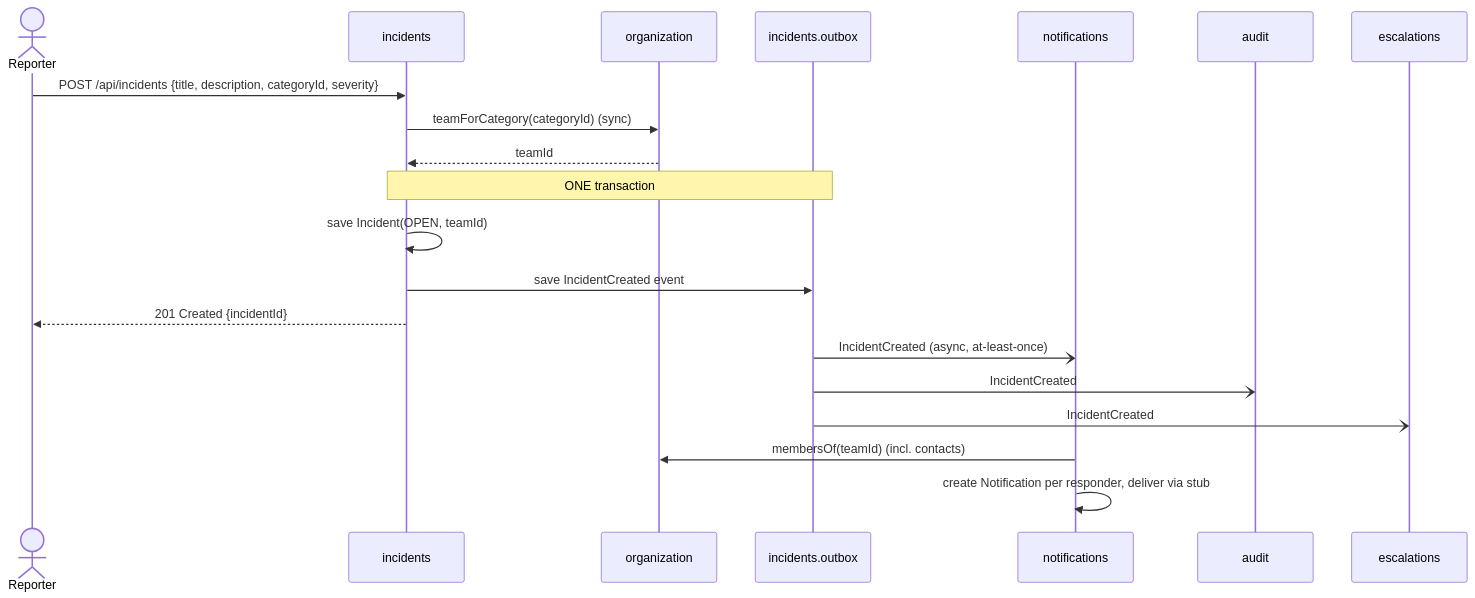
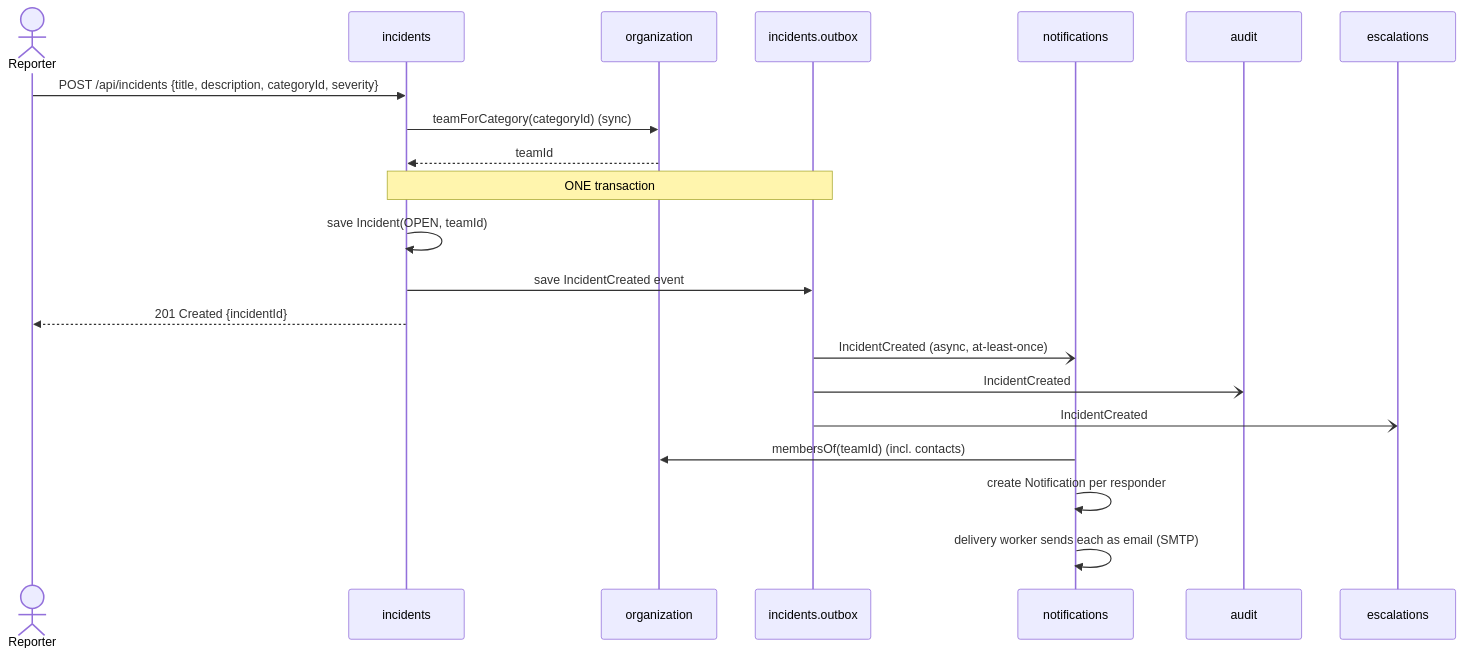
One commit to t-h-e-silence/IncidentManagmentTool changed the first of 3 diagrams in docs/domain-model.md. Above: the diagram before and after it, drawn with Mermaid. The commit also changed other lines of this file and 8 other files, not shown here.

````diff
--- a/docs/domain-model.md
+++ b/docs/domain-model.md
@@ -28,22 +28,23 @@
 ```mermaid
 sequenceDiagram
     actor R as Reporter
     participant I as incidents
     participant T as organization
     participant O as incidents.outbox
     participant N as notifications
     participant A as audit
     participant E as escalations
     R->>I: POST /api/incidents {title, description, categoryId, severity}
     I->>T: teamForCategory(categoryId) (sync)
     T-->>I: teamId
     Note over I,O: ONE transaction
     I->>I: save Incident(OPEN, teamId)
     I->>O: save IncidentCreated event
     I-->>R: 201 Created {incidentId}
     O-)N: IncidentCreated (async, at-least-once)
     O-)A: IncidentCreated
     O-)E: IncidentCreated
     N->>T: membersOf(teamId) (incl. contacts)
-    N->>N: create Notification per responder, deliver via stub
+    N->>N: create Notification per responder
+    N->>N: delivery worker sends each as email (SMTP)
 ```
````
